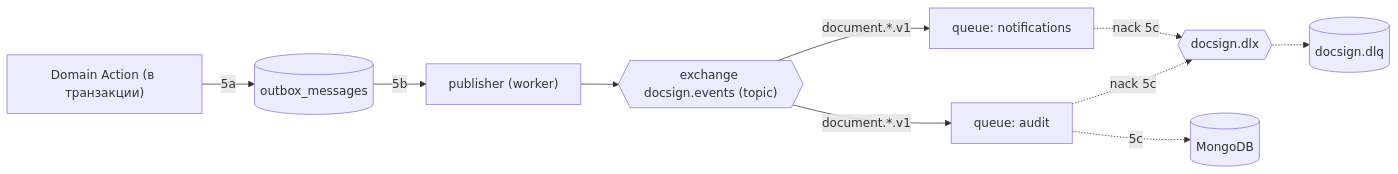
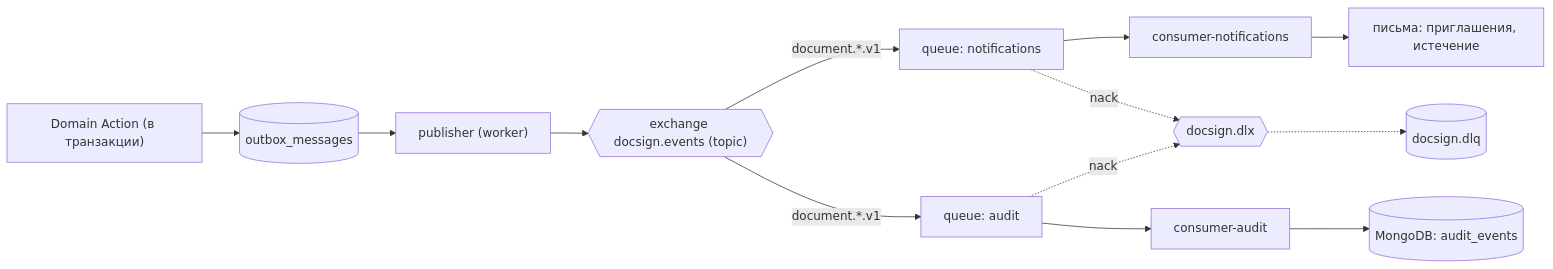
The ninth of 9 diagrams in docs/diagrams.md (azaikina568/docsign-hub), drawn with Mermaid before and after one commit. The commit also changed other lines of this file and 38 other files, not shown here.

First line of the commit message:
feat(messaging): consume events for sequential invitations and Mongo audit

````diff
--- a/docs/diagrams.md
+++ b/docs/diagrams.md
@@ -286,12 +330,15 @@
 ```mermaid
 flowchart LR
-    action["Domain Action (в транзакции)"] -->|5a| outbox[("outbox_messages")]
-    outbox -->|5b| publisher["publisher (worker)"]
+    action["Domain Action (в транзакции)"] --> outbox[("outbox_messages")]
+    outbox --> publisher["publisher (worker)"]
     publisher --> ex{{"exchange docsign.events (topic)"}}
     ex -->|document.*.v1| qn["queue: notifications"]
     ex -->|document.*.v1| qa["queue: audit"]
-    qn -.->|nack 5c| dlx{{"docsign.dlx"}}
-    qa -.->|nack 5c| dlx
+    qn --> cnotif["consumer-notifications"]
+    qa --> caudit["consumer-audit"]
+    cnotif --> mail["письма: приглашения, истечение"]
+    caudit --> mongo[("MongoDB: audit_events")]
+    qn -.->|nack| dlx{{"docsign.dlx"}}
+    qa -.->|nack| dlx
     dlx -.-> dlq[("docsign.dlq")]
-    qa -.->|5c| mongo[("MongoDB")]
 ```
````
